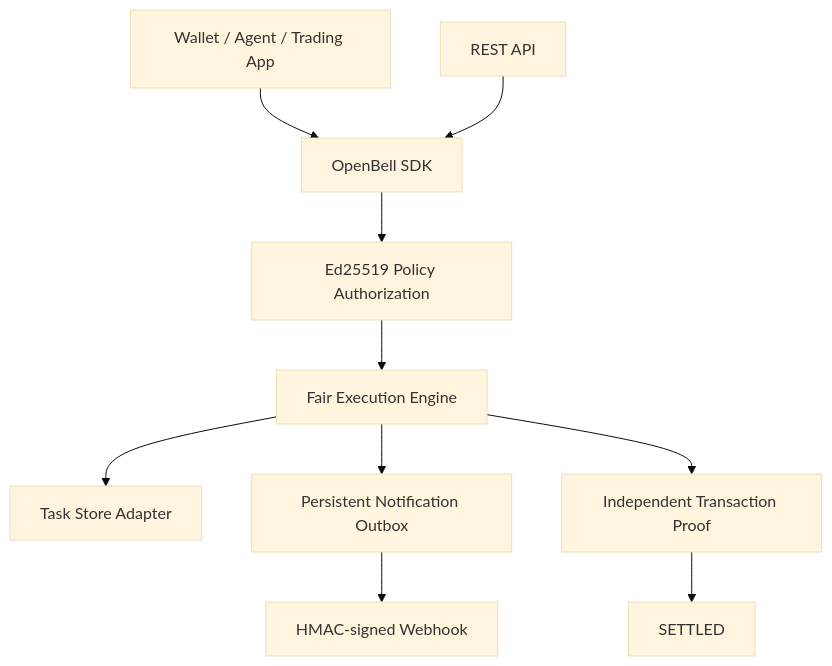
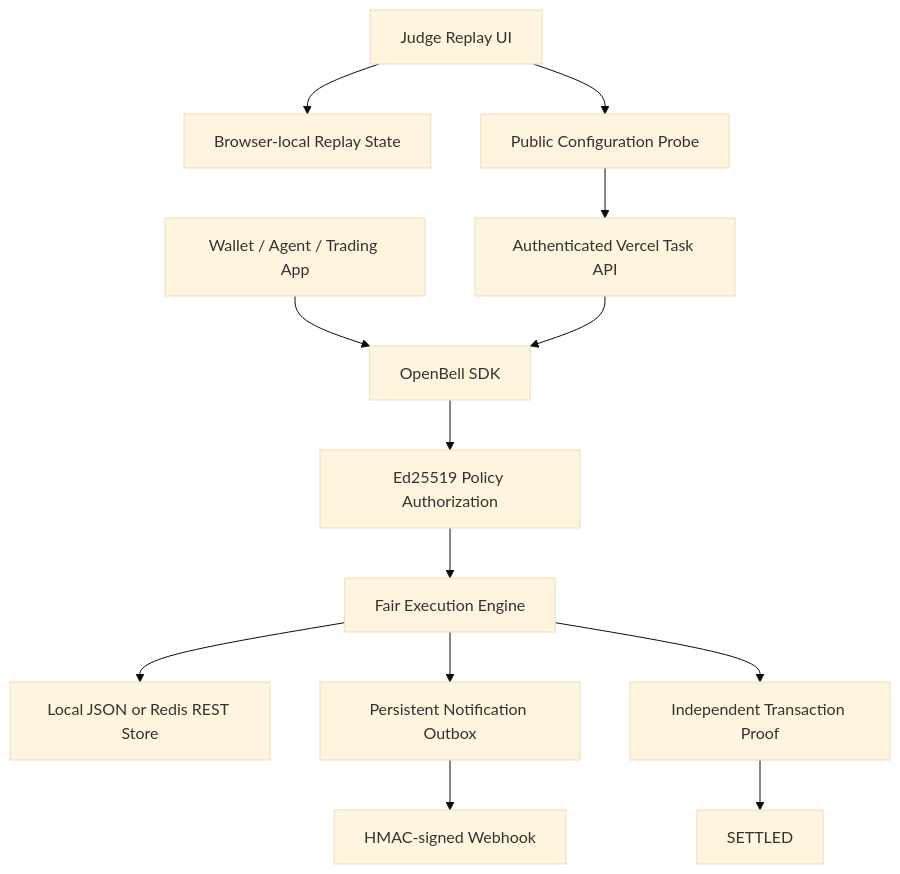
The second of 2 diagrams in docs/architecture.md (0xCaptain888/openbell-solana), drawn with Mermaid (base theme) before and after one commit. The commit also changed other lines of this file and 13 other files, not shown here.

````diff
--- a/docs/architecture.md
+++ b/docs/architecture.md
@@ -22,12 +22,15 @@
 ```mermaid
 flowchart TB
   APP[Wallet / Agent / Trading App] --> SDK[OpenBell SDK]
-  API[REST API] --> SDK
+  API[Authenticated Vercel Task API] --> SDK
   SDK --> AUTH[Ed25519 Policy Authorization]
   AUTH --> ENGINE[Fair Execution Engine]
-  ENGINE --> STORE[Task Store Adapter]
+  ENGINE --> STORE[Local JSON or Redis REST Store]
   ENGINE --> OUTBOX[Persistent Notification Outbox]
   OUTBOX --> WEBHOOK[HMAC-signed Webhook]
   ENGINE --> PROOF[Independent Transaction Proof]
   PROOF --> SETTLED[SETTLED]
+  UI[Judge Replay UI] --> LOCAL[Browser-local Replay State]
+  UI --> STATUS[Public Configuration Probe]
+  STATUS --> API
 ```
````
